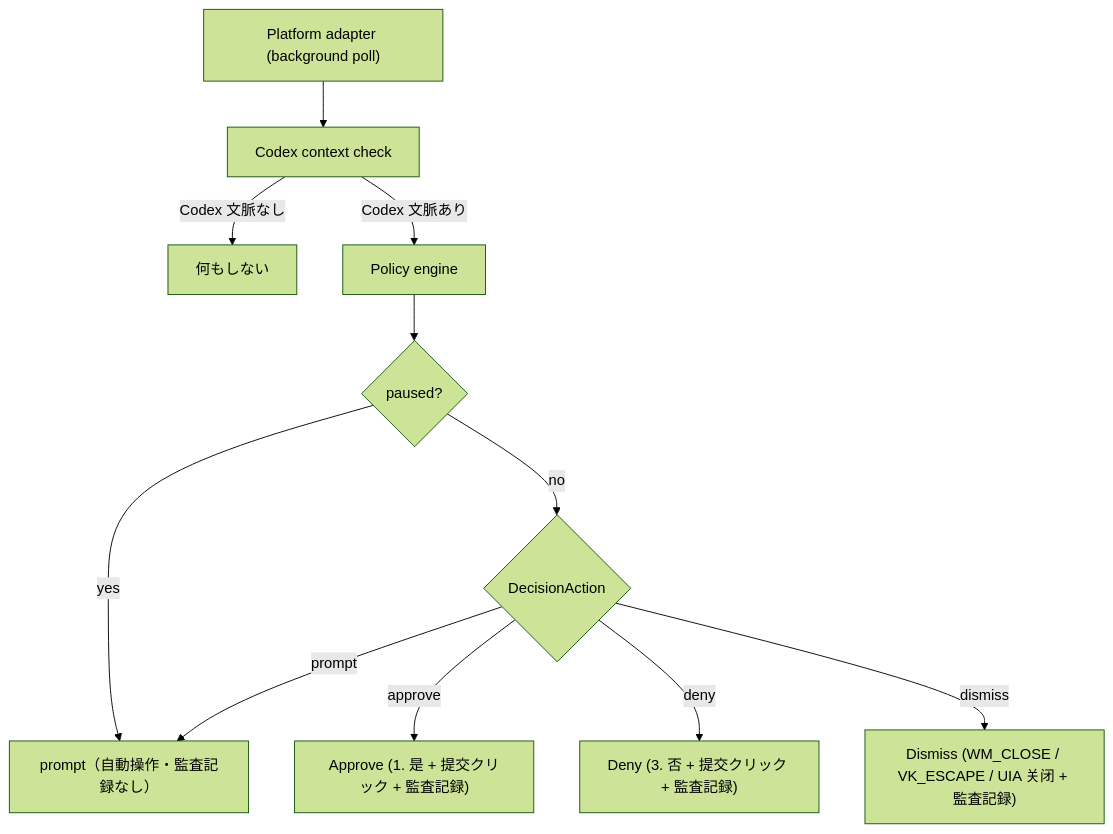
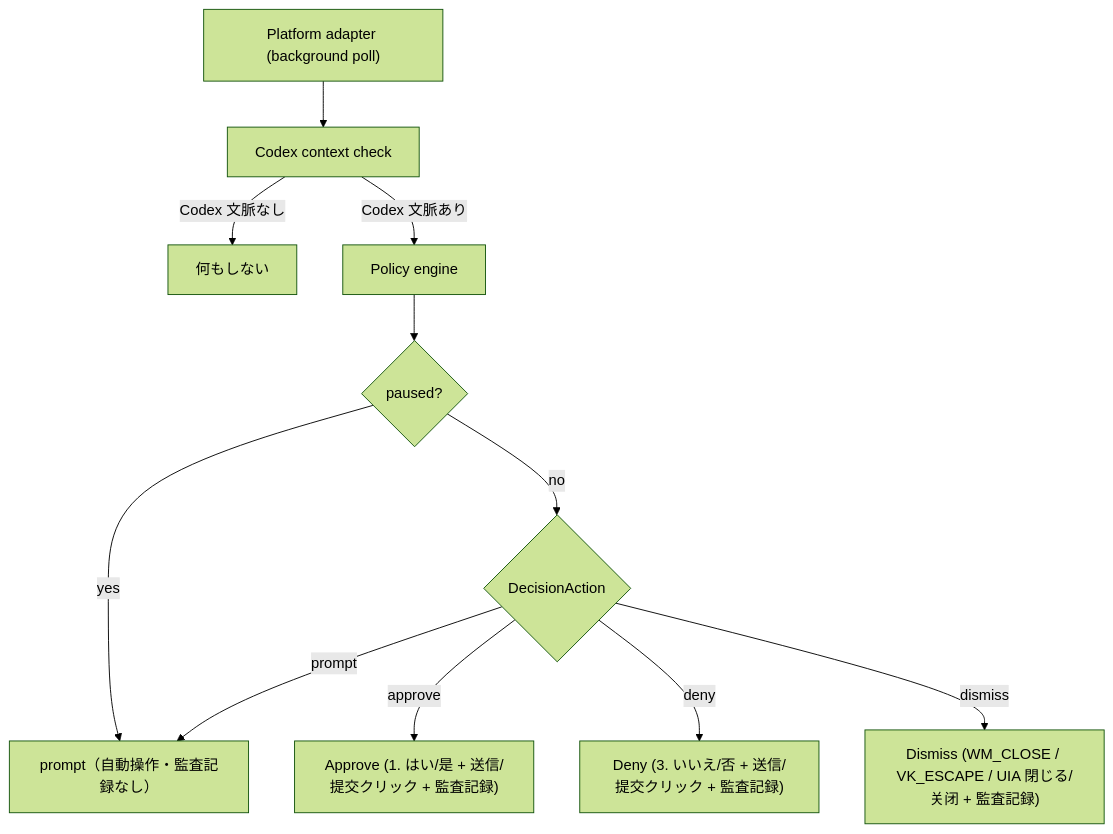
One commit to engchina/codex-approval-guard changed the diagram in docs/architecture.md. Above: the diagram before and after it, drawn with Mermaid (forest theme). The commit also changed other lines of this file and 9 other files, not shown here.

````diff
--- a/docs/architecture.md
+++ b/docs/architecture.md
@@ -18,13 +18,13 @@
 ```mermaid
 flowchart TD
   A["Platform adapter (background poll)"] --> B["Codex context check"]
   B -->|Codex 文脈なし| Z["何もしない"]
   B -->|Codex 文脈あり| C["Policy engine"]
   C --> D{"paused?"}
   D -->|yes| P["prompt（自動操作・監査記録なし）"]
   D -->|no| E{"DecisionAction"}
-  E -->|approve| G["Approve (1. 是 + 提交クリック + 監査記録)"]
-  E -->|deny| H["Deny (3. 否 + 提交クリック + 監査記録)"]
-  E -->|dismiss| I["Dismiss (WM_CLOSE / VK_ESCAPE / UIA 关闭 + 監査記録)"]
+  E -->|approve| G["Approve (1. はい/是 + 送信/提交クリック + 監査記録)"]
+  E -->|deny| H["Deny (3. いいえ/否 + 送信/提交クリック + 監査記録)"]
+  E -->|dismiss| I["Dismiss (WM_CLOSE / VK_ESCAPE / UIA 閉じる/关闭 + 監査記録)"]
   E -->|prompt| P
 ```
````
